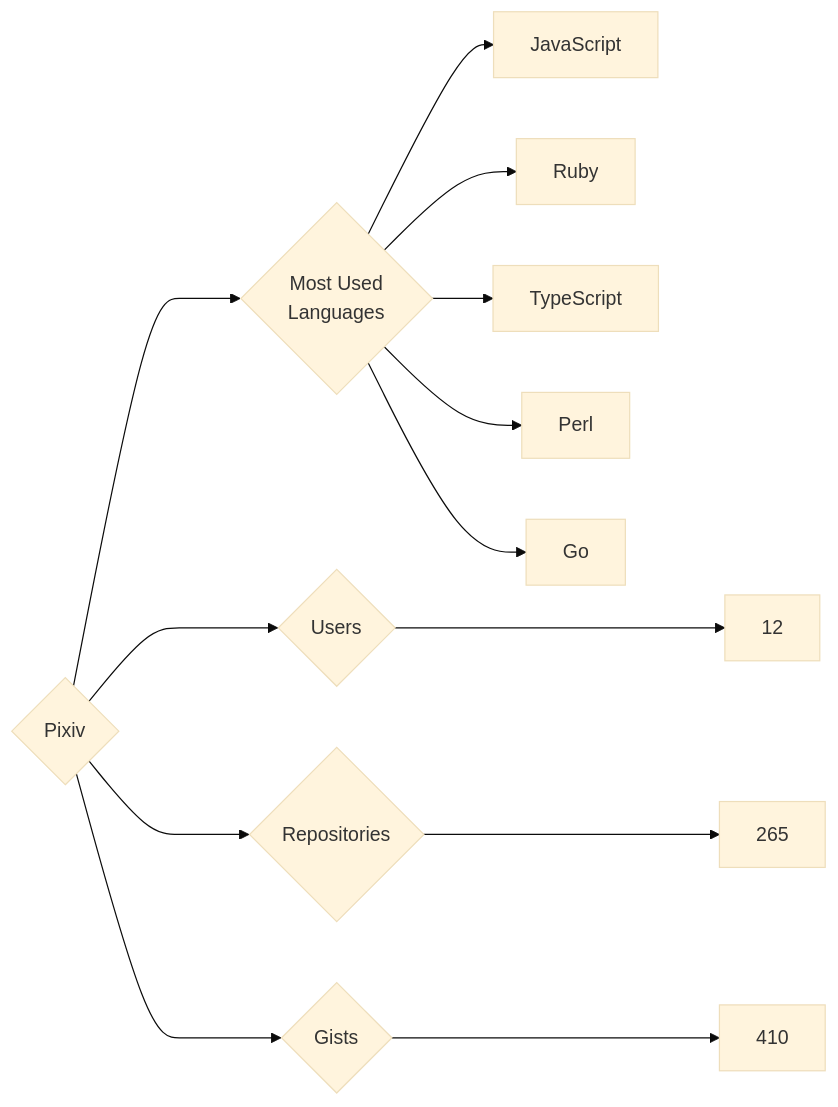
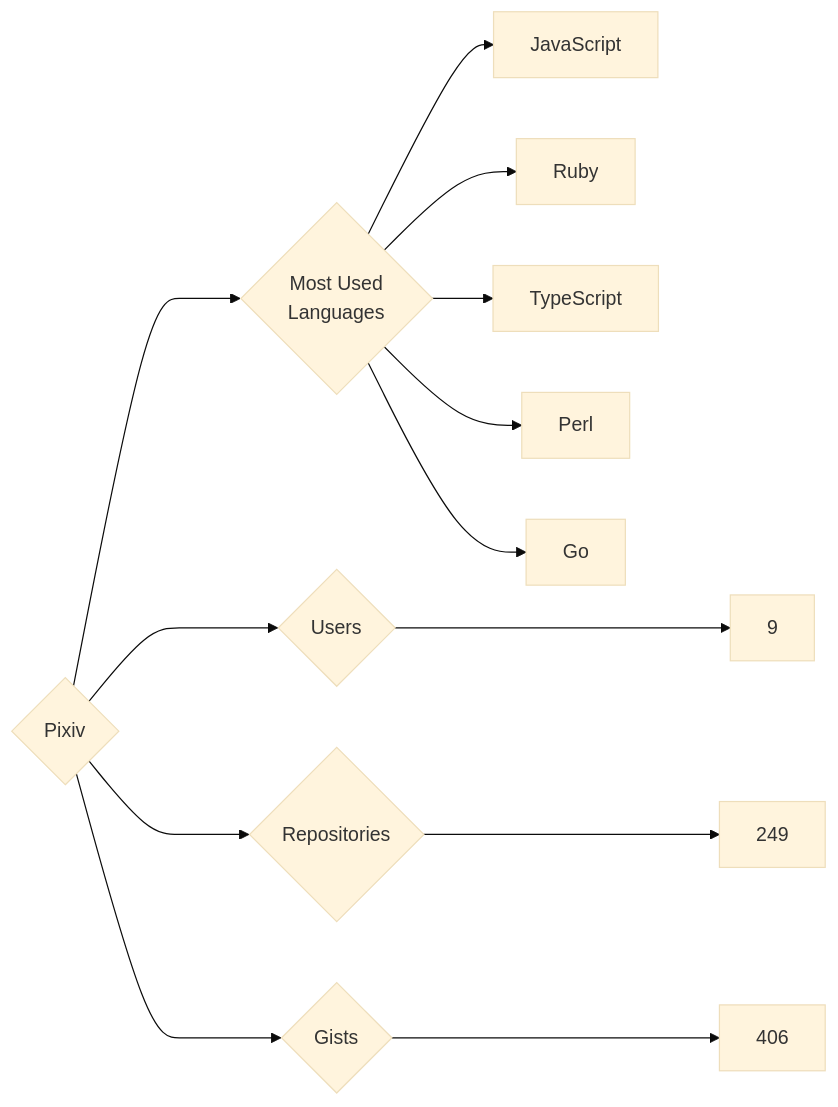
The diagram in targets/Pixiv/README.md (trickest/insiders), drawn with Mermaid (base theme) before and after one commit. The commit also changed 833 other files, not shown here.

````diff
--- a/targets/Pixiv/README.md
+++ b/targets/Pixiv/README.md
@@ -3,13 +3,13 @@
 ```mermaid
 graph LR
 COMPANY_NAME{Pixiv}
-COMPANY_NAME ---> U{Users} ---> UN[12]
-COMPANY_NAME ---> R{Repositories} ---> RN[265]
-COMPANY_NAME ---> G{Gists} ---> GN[410]
+COMPANY_NAME ---> U{Users} ---> UN[9]
+COMPANY_NAME ---> R{Repositories} ---> RN[249]
+COMPANY_NAME ---> G{Gists} ---> GN[406]
 COMPANY_NAME ---> ML{Most Used<br>Languages}
 ML --> JavaScript[JavaScript]
 ML --> Ruby[Ruby]
 ML --> TypeScript[TypeScript]
 ML --> Perl[Perl]
 ML --> Go[Go]
 ```
````
